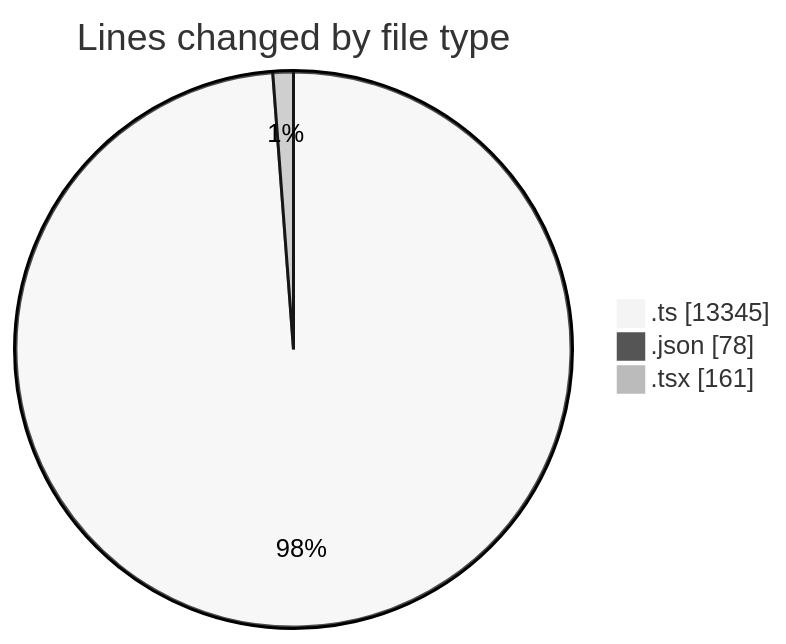
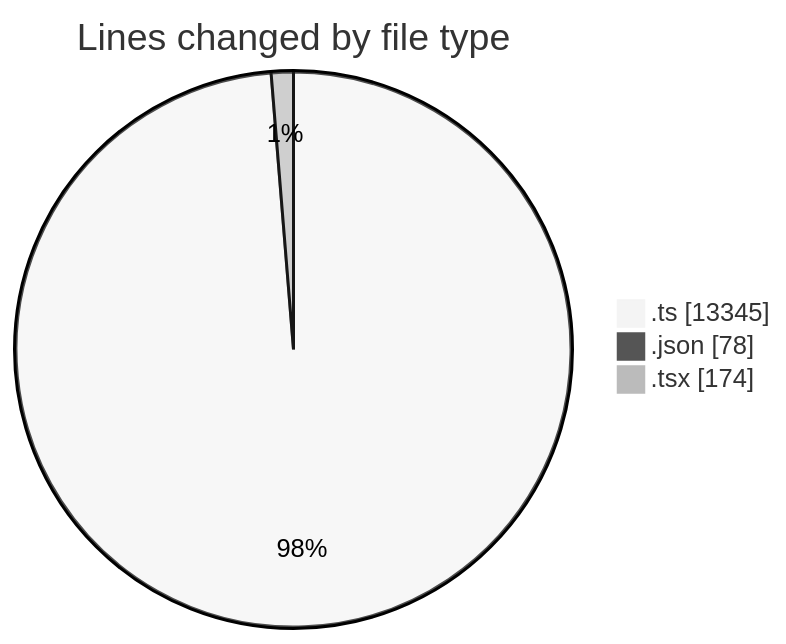
Before and after one commit to momahboobian/code-tracking: the first of 2 diagrams in 2025-08-29/cda/README.md, drawn with Mermaid (neutral theme). The commit also changed other lines of this file and 1 other file, not shown here.

````diff
--- a/2025-08-29/cda/README.md
+++ b/2025-08-29/cda/README.md
@@ -25,7 +25,7 @@
 ```mermaid
 pie showData
 title Lines changed by file type
 ".ts" : 13345
 ".json" : 78
-".tsx" : 161
+".tsx" : 174
 ```
````
